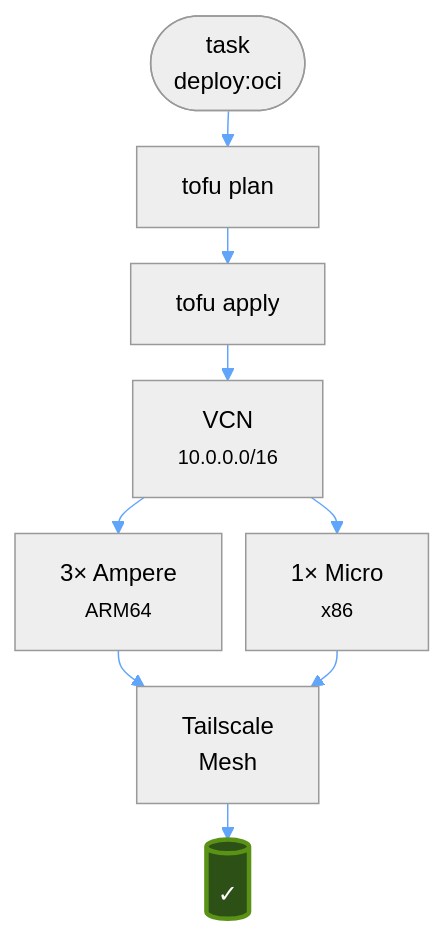
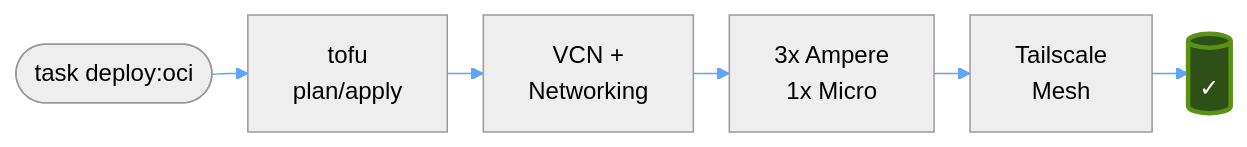
One commit to syscode-labs/oci-free-tier-manager changed the fourth of 18 diagrams in docs/ARCHITECTURE-DIAGRAMS.md. Above: the diagram before and after it, drawn with Mermaid. The commit also changed other lines of this file, not shown here.

First line of the commit message:
refactor: simplify diagrams - condense nodes and use horizontal layout

````diff
--- a/docs/ARCHITECTURE-DIAGRAMS.md
+++ b/docs/ARCHITECTURE-DIAGRAMS.md
@@ -120,17 +120,12 @@
 ```mermaid
 %%{init: {'theme':'neutral', 'themeVariables': { 'lineColor': '#60a5fa', 'arrowheadColor': '#60a5fa' }, 'flowchart': { 'useMaxWidth': true, 'diagramPadding': 8, 'nodeSpacing': 16, 'rankSpacing': 24 } }}%%
-flowchart TB
-    Start(["task<br/>deploy:oci"]) --> Plan["tofu plan"]
-    Plan --> Apply["tofu apply"]
-    
-    Apply --> VCN["VCN<br/><small>10.0.0.0/16</small>"]
-    VCN --> Ampere["3× Ampere<br/><small>ARM64</small>"]
-    VCN --> Bastion["1× Micro<br/><small>x86</small>"]
-    
-    Ampere --> Mesh["Tailscale<br/>Mesh"]
-    Bastion --> Mesh
+flowchart LR
+    Start(["task deploy:oci"]) --> Plan["tofu<br/>plan/apply"]
+    Plan --> VCN["VCN +<br/>Networking"]
+    VCN --> Compute["3x Ampere<br/>1x Micro"]
+    Compute --> Mesh["Tailscale<br/>Mesh"]
     Mesh --> Done[("✓")]
     
     classDef success fill:#2d5016,stroke:#5a9216,stroke-width:3px,color:#fff
     class Done success
 ```
````
